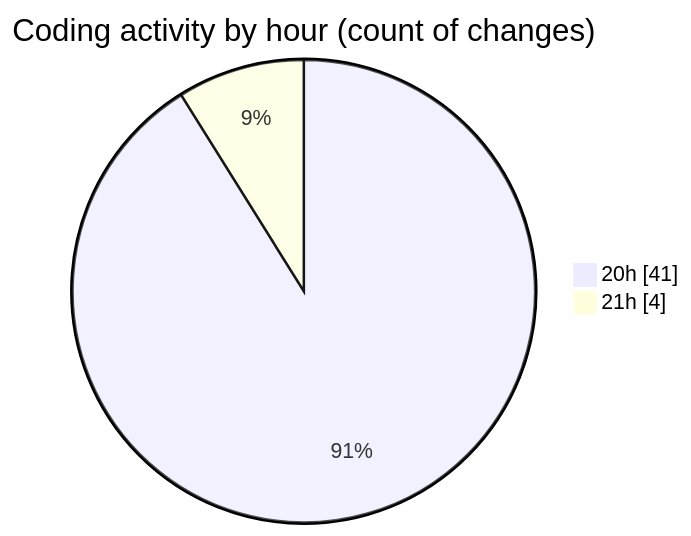
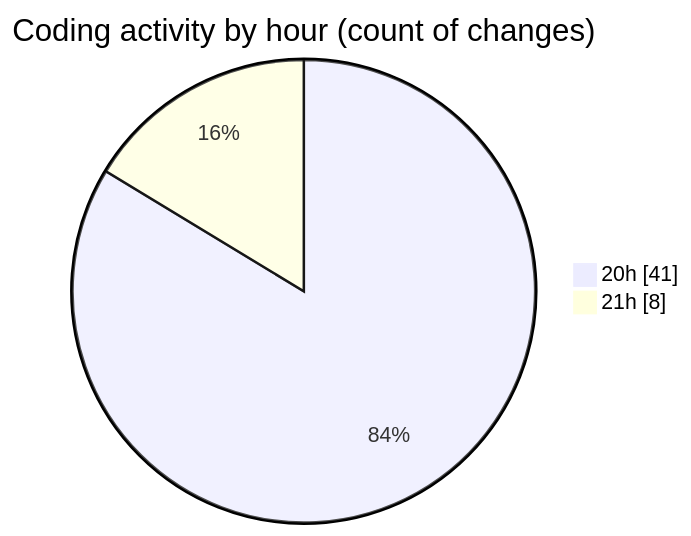
Before and after one commit to EIIisD/code-tracking: the second of 2 diagrams in 2025-08-23/_claude/README.md, drawn with Mermaid. The commit also changed other lines of this file and 1 other file, not shown here.

````diff
--- a/2025-08-23/_claude/README.md
+++ b/2025-08-23/_claude/README.md
@@ -35,6 +36,6 @@
 ```mermaid
 pie showData
 title Coding activity by hour (count of changes)
 "20h" : 41
-"21h" : 4
+"21h" : 8
 ```
````
